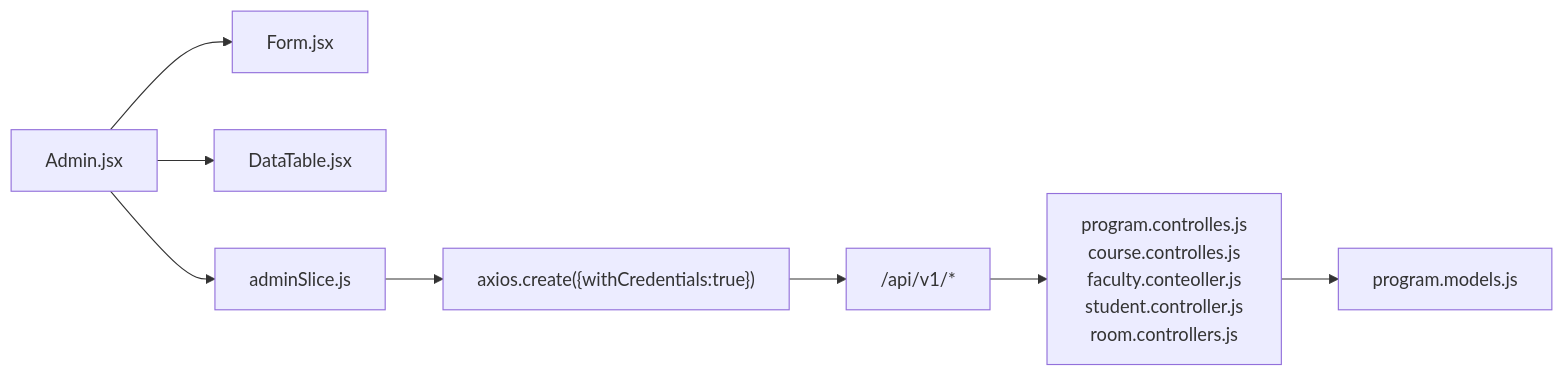
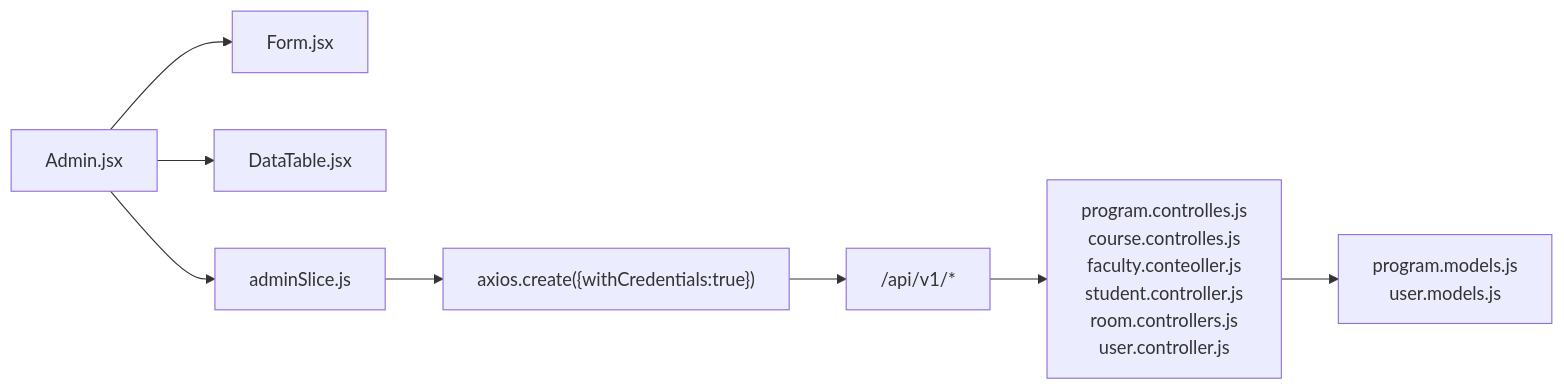
Before and after one commit to Aryan9060/Timetable-Project: the tenth of 10 diagrams in .qoder/repowiki/en/content/Master Data Management/Master Data Management.md, drawn with Mermaid. The commit also changed other lines of this file and 8 other files, not shown here.

````diff
--- a/.qoder/repowiki/en/content/Master Data Management/Master Data Management.md
+++ b/.qoder/repowiki/en/content/Master Data Management/Master Data Management.md
@@ -331,10 +407,10 @@
 ```mermaid
 graph LR
 AdminPage["Admin.jsx"] --> FormComp["Form.jsx"]
 AdminPage --> TableComp["DataTable.jsx"]
 AdminPage --> AdminSlice["adminSlice.js"]
 AdminSlice --> Axios["axios.create({withCredentials:true})"]
 Axios --> Server["/api/v1/*"]
-Server --> Controllers["program.controlles.js<br/>course.controlles.js<br/>faculty.conteoller.js<br/>student.controller.js<br/>room.controllers.js"]
-Controllers --> Models["program.models.js"]
+Server --> Controllers["program.controlles.js<br/>course.controlles.js<br/>faculty.conteoller.js<br/>student.controller.js<br/>room.controllers.js<br/>user.controller.js"]
+Controllers --> Models["program.models.js<br/>user.models.js"]
 ```
````
